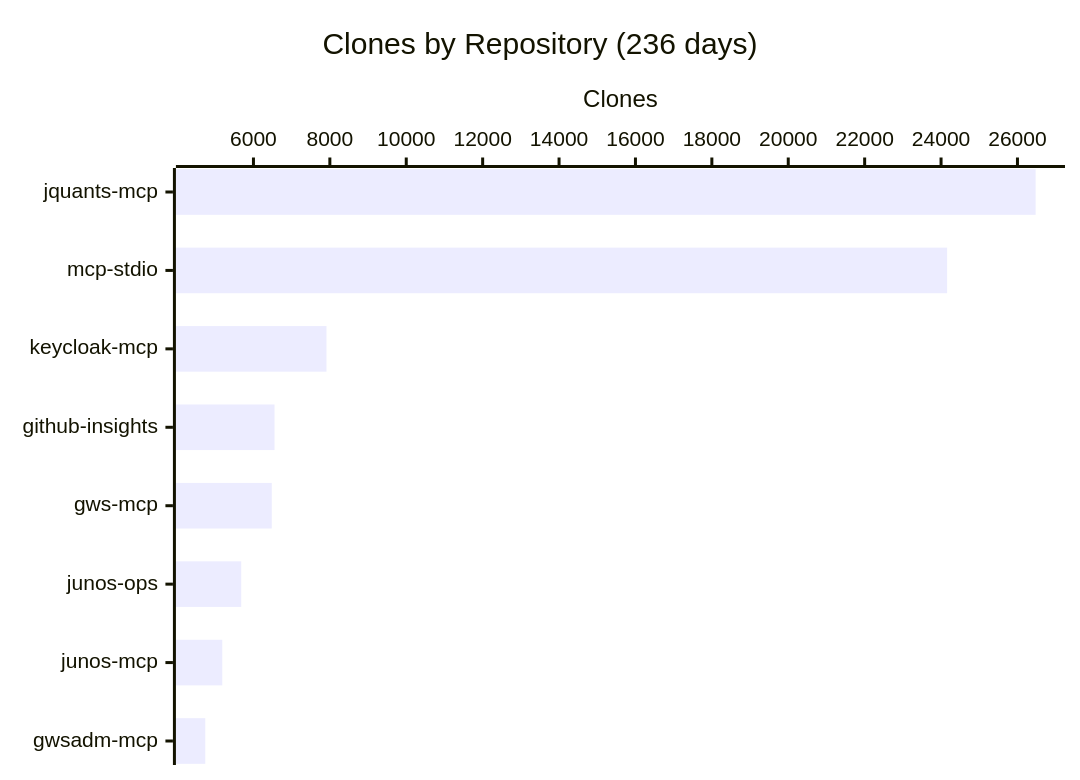
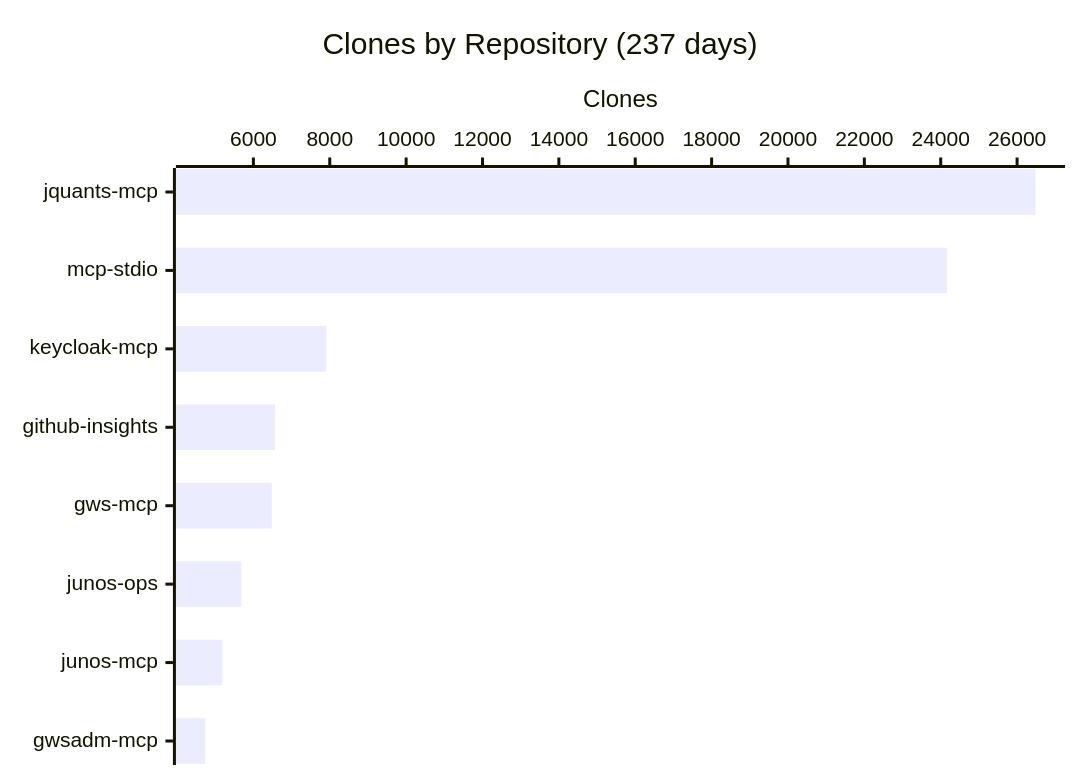
Before and after one commit to shigechika/github-insights: the fourth of 4 diagrams in README.md, drawn with Mermaid. The commit also changed other lines of this file and 1 other file, not shown here.

````diff
--- a/README.md
+++ b/README.md
@@ -58,7 +58,7 @@
 ```mermaid
 xychart-beta horizontal
-    title "Clones by Repository (236 days)"
+    title "Clones by Repository (237 days)"
     x-axis ["jquants-mcp", "mcp-stdio", "keycloak-mcp", "github-insights", "gws-mcp", "junos-ops", "junos-mcp", "gwsadm-mcp"]
     y-axis "Clones"
-    bar [26476, 24159, 7912, 6552, 6479, 5680, 5184, 4739]
+    bar [26486, 24162, 7914, 6565, 6481, 5682, 5184, 4740]
 ```
````
